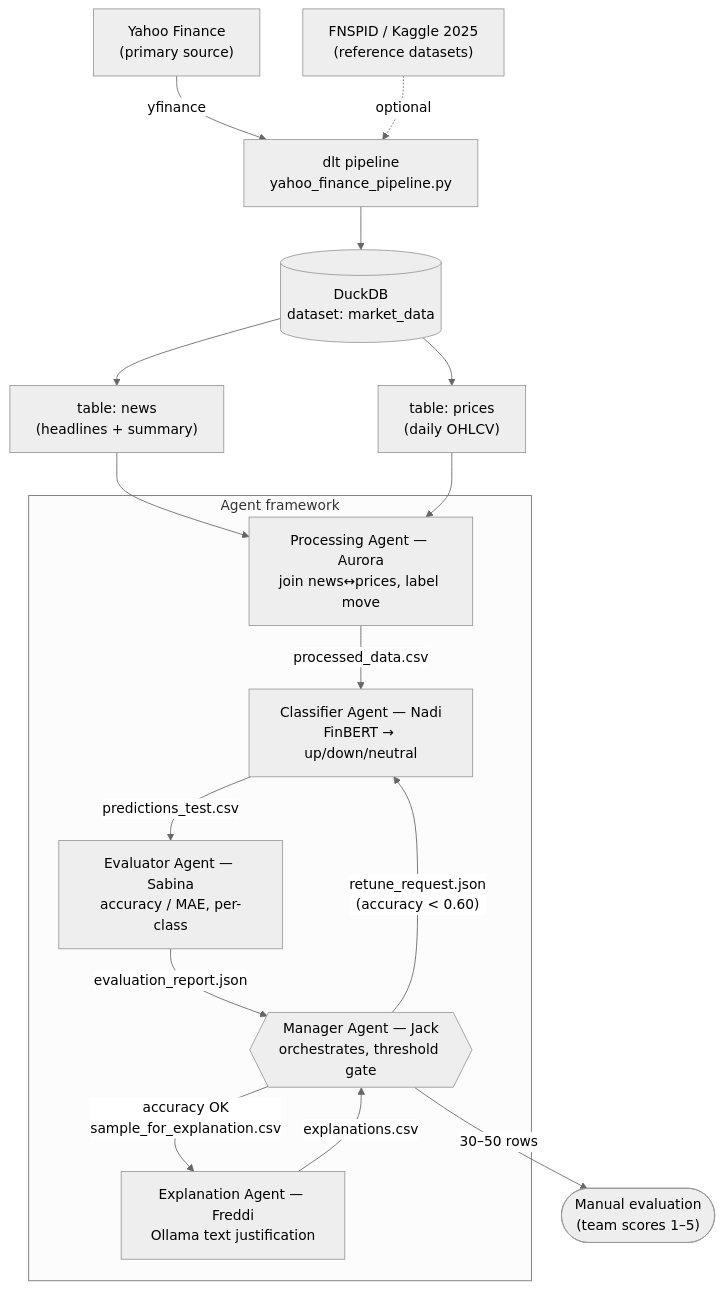
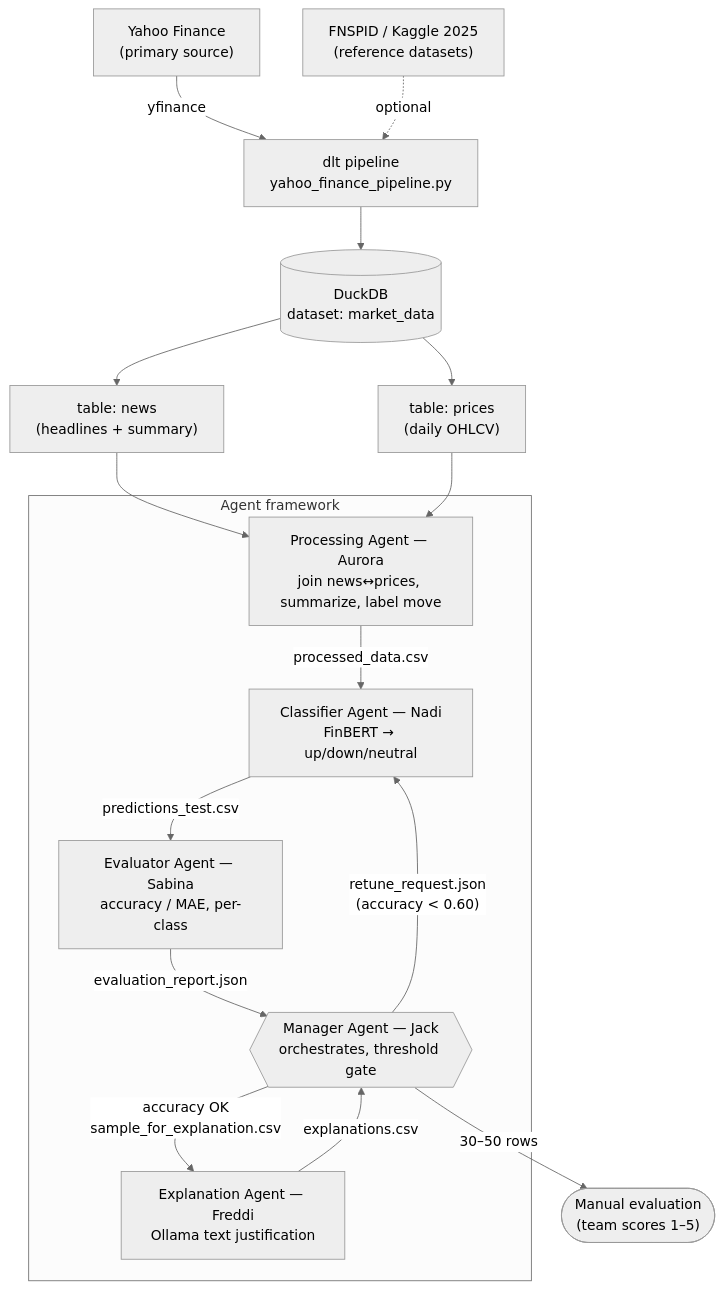
One commit to njaltran/NLP_lab changed the diagram in architecture.md. Above: the diagram before and after it, drawn with Mermaid (neutral theme). The commit also changed other lines of this file and 1 other file, not shown here.

Commit message:
Aurora summarizes article text; add article_summary to Handoff 1

````diff
--- a/architecture.md
+++ b/architecture.md
@@ -7,27 +7,27 @@
 ```mermaid
 flowchart TD
     YF["Yahoo Finance<br/>(primary source)"] -->|yfinance| DLT["dlt pipeline<br/>yahoo_finance_pipeline.py"]
     ALT["FNSPID / Kaggle 2025<br/>(reference datasets)"] -.->|optional| DLT
     DLT --> DUCK[("DuckDB<br/>dataset: market_data")]
     DUCK --> NEWS["table: news<br/>(headlines + summary)"]
     DUCK --> PRICES["table: prices<br/>(daily OHLCV)"]
 
     NEWS --> AURORA
     PRICES --> AURORA
 
     subgraph AGENTS["Agent framework"]
         JACK{{"Manager Agent — Jack<br/>orchestrates, threshold gate"}}
-        AURORA["Processing Agent — Aurora<br/>join news↔prices, label move"]
+        AURORA["Processing Agent — Aurora<br/>join news↔prices, summarize, label move"]
         NADI["Classifier Agent — Nadi<br/>FinBERT → up/down/neutral"]
         SABINA["Evaluator Agent — Sabina<br/>accuracy / MAE, per-class"]
         FREDDI["Explanation Agent — Freddi<br/>Ollama text justification"]
     end
 
     AURORA -->|"processed_data.csv"| NADI
     NADI -->|"predictions_test.csv"| SABINA
     SABINA -->|"evaluation_report.json"| JACK
     JACK -->|"retune_request.json<br/>(accuracy < 0.60)"| NADI
     JACK -->|"accuracy OK<br/>sample_for_explanation.csv"| FREDDI
     FREDDI -->|"explanations.csv"| JACK
     JACK -->|"30–50 rows"| HUMAN(["Manual evaluation<br/>(team scores 1–5)"])
 ```
````
